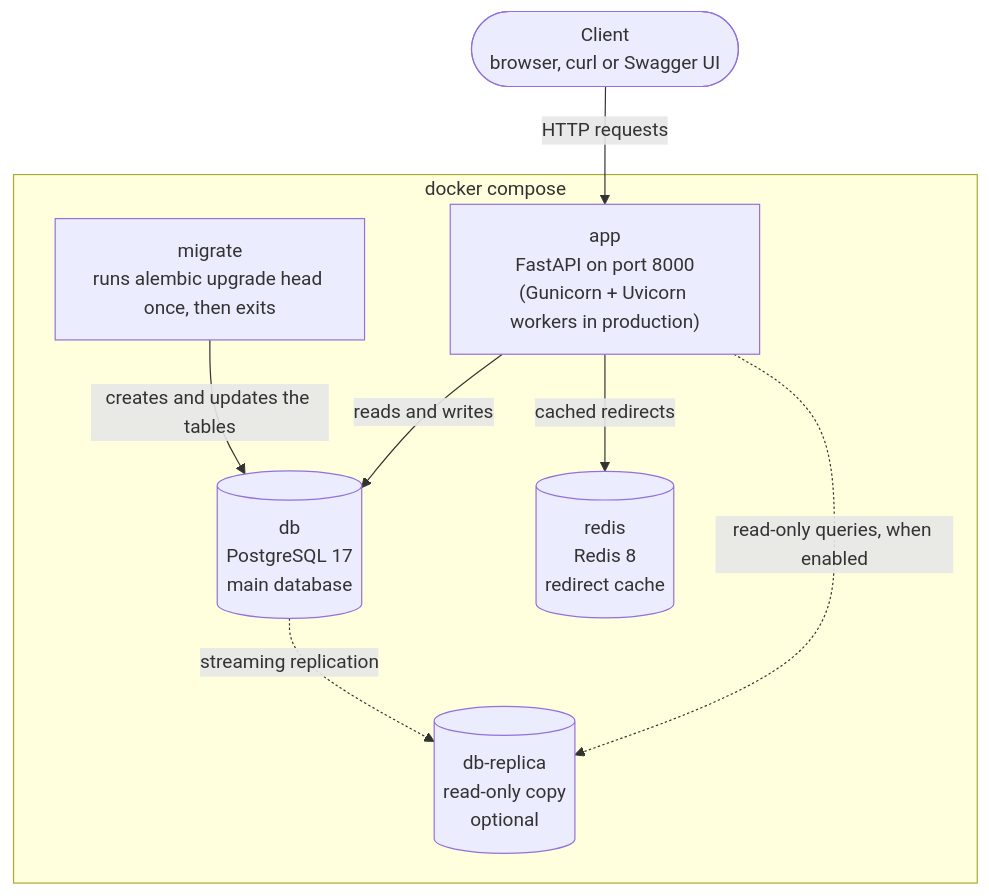
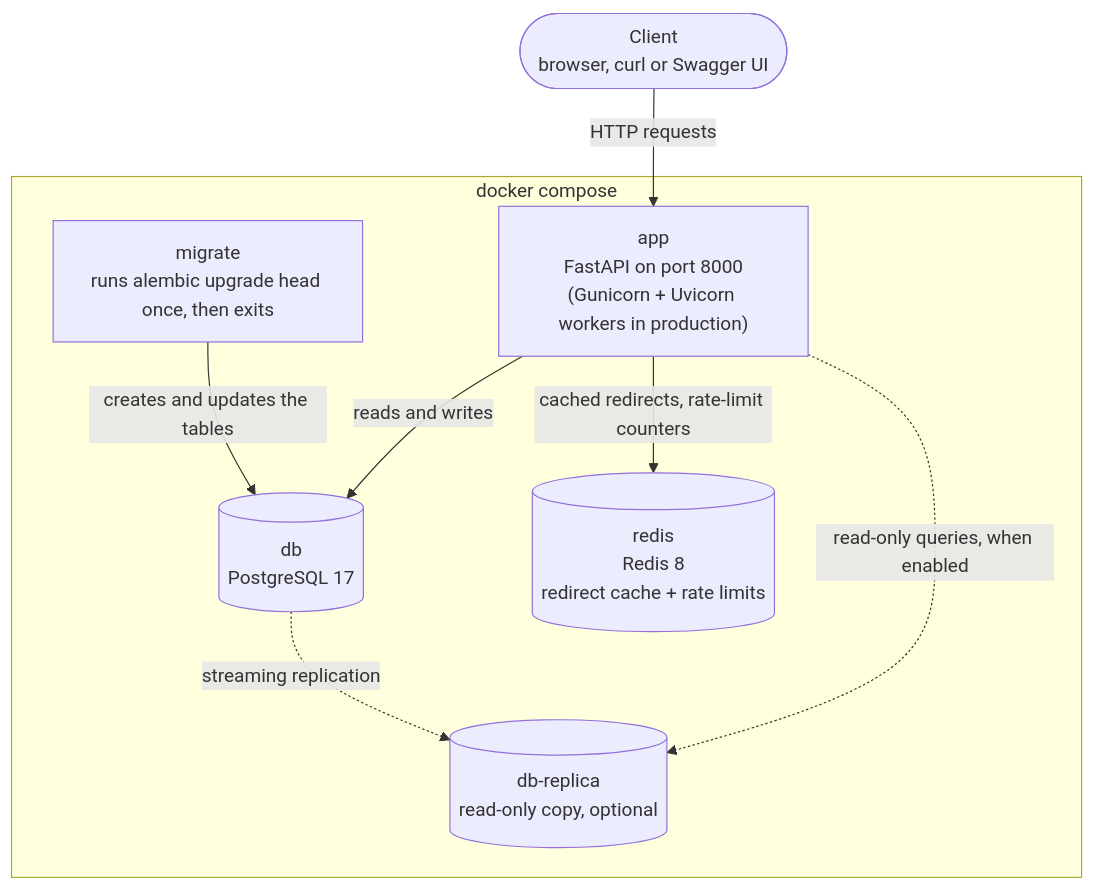
Before and after one commit to Aline-CROIRE/url-shortener-fastapi: the first of 4 diagrams in README.md, drawn with Mermaid. The commit also changed other lines of this file, not shown here.

````diff
--- a/README.md
+++ b/README.md
@@ -13,19 +74,19 @@
 ```mermaid
 flowchart TB
     client(["Client<br/>browser, curl or Swagger UI"])
 
     subgraph compose["docker compose"]
         migrate["migrate<br/>runs alembic upgrade head once, then exits"]
         app["app<br/>FastAPI on port 8000<br/>(Gunicorn + Uvicorn workers in production)"]
-        db[("db<br/>PostgreSQL 17<br/>main database")]
-        redis[("redis<br/>Redis 8<br/>redirect cache")]
-        replica[("db-replica<br/>read-only copy<br/>optional")]
+        db[("db<br/>PostgreSQL 17")]
+        redis[("redis<br/>Redis 8<br/>redirect cache + rate limits")]
+        replica[("db-replica<br/>read-only copy, optional")]
     end
 
     client -->|HTTP requests| app
     migrate -->|creates and updates the tables| db
     app -->|reads and writes| db
-    app -->|cached redirects| redis
+    app -->|cached redirects, rate-limit counters| redis
     app -.->|read-only queries, when enabled| replica
     db -.->|streaming replication| replica
 ```
````
